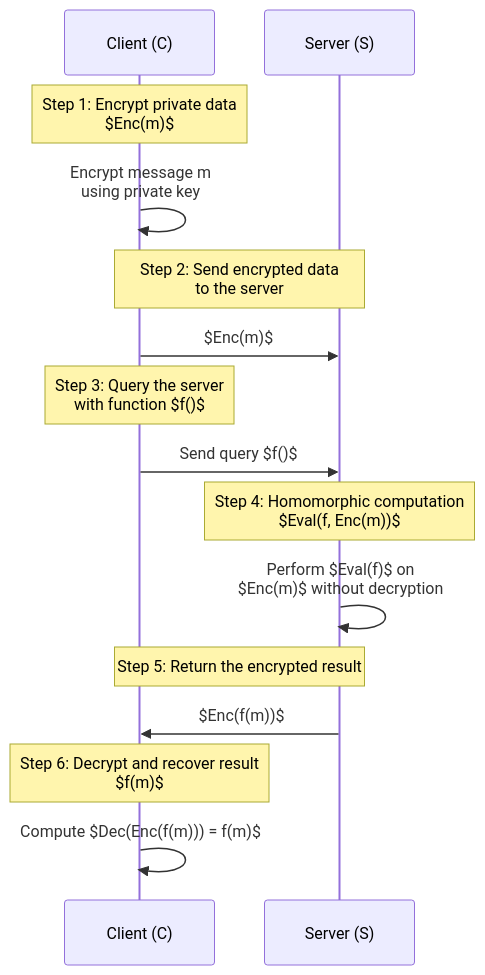
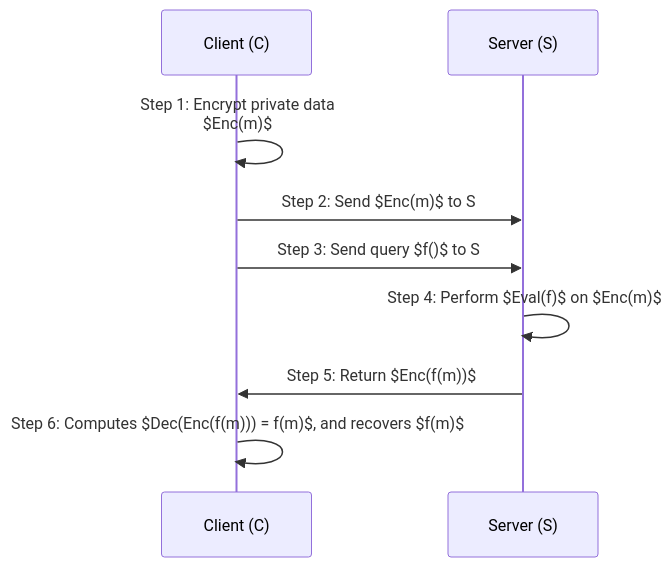
Before and after one commit to antomon/antomon.github.io: the diagram in posts/homomorphic-encryption-intro/index.qmd, drawn with Mermaid. The commit also changed 5 other files, not shown here.

````diff
--- a/posts/homomorphic-encryption-intro/index.qmd
+++ b/posts/homomorphic-encryption-intro/index.qmd
@@ -319,18 +319,12 @@
 ```{mermaid}
 sequenceDiagram
     participant C as Client (C)
     participant S as Server (S)
 
-    Note over C: Step 1: Encrypt private data<br>$Enc(m)$
-    C->>C: Encrypt message m<br>using private key
-    Note over C,S: Step 2: Send encrypted data<br>to the server
-    C->>S: $Enc(m)$
-    Note over C: Step 3: Query the server<br>with function $f()$
-    C->>S: Send query $f()$
-    Note over S: Step 4: Homomorphic computation<br>$Eval(f, Enc(m))$
-    S->>S: Perform $Eval(f)$ on<br>$Enc(m)$ without decryption
-    Note over S,C: Step 5: Return the encrypted result
-    S->>C: $Enc(f(m))$
-    Note over C: Step 6: Decrypt and recover result<br>$f(m)$
-    C->>C: Compute $Dec(Enc(f(m))) = f(m)$
+    C->>C: Step 1: Encrypt private data<br>$Enc(m)$
+    C->>S: Step 2: Send $Enc(m)$ to S
+    C->>S: Step 3: Send query $f()$ to S
+    S->>S: Step 4: Perform $Eval(f)$ on $Enc(m)$
+    S->>C: Step 5: Return $Enc(f(m))$
+    C->>C: Step 6: Computes $Dec(Enc(f(m))) = f(m)$, and recovers $f(m)$
 ```
````
